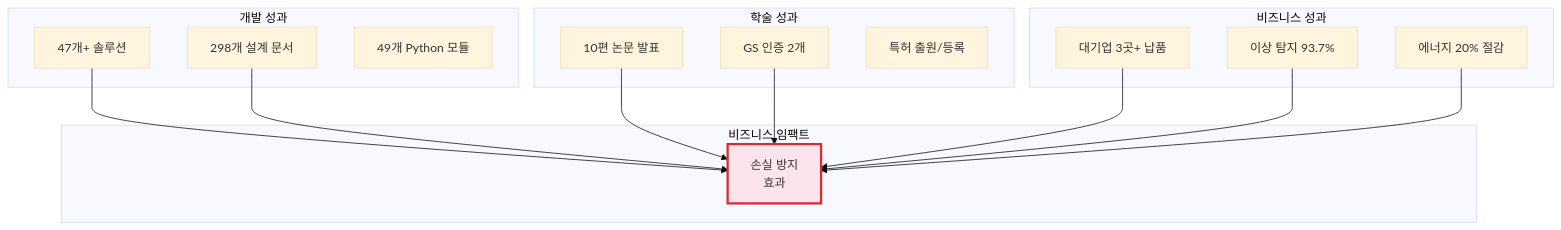
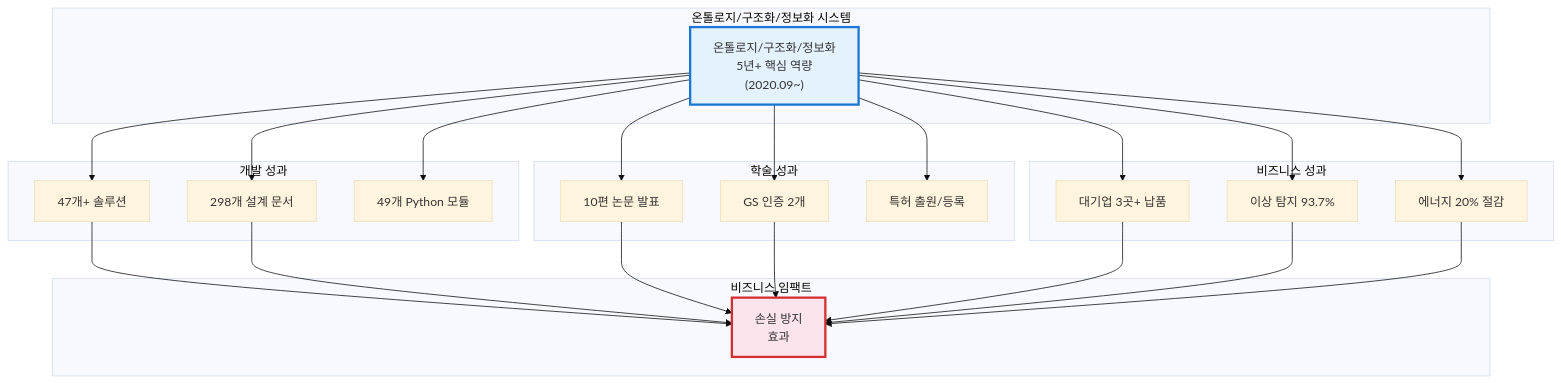
Before and after one commit to moobaek/Testing_AI_agents_for_public_use: the first of 6 diagrams in portfolio/portfolio_docs/Executive_Summary/01_Key_Achievements.md, drawn with Mermaid (base theme). The commit also changed other lines of this file and 5 other files, not shown here.

First line of the commit message:
온톨로지/구조화/정보화 핵심 역량 강조: 모든 프로젝트/특허/논문의 연장선 관계 명시

````diff
--- a/portfolio/portfolio_docs/Executive_Summary/01_Key_Achievements.md
+++ b/portfolio/portfolio_docs/Executive_Summary/01_Key_Achievements.md
@@ -17,34 +17,49 @@
 ```mermaid
 graph TB
+    subgraph "온톨로지/구조화/정보화 시스템"
+        ONT["온톨로지/구조화/정보화<br/>5년+ 핵심 역량<br/>(2020.09~)"]
+    end
+    
     subgraph "개발 성과"
         A1["47개+ 솔루션"]
         A2["298개 설계 문서"]
         A3["49개 Python 모듈"]
     end
 
     subgraph "학술 성과"
         B1["10편 논문 발표"]
         B2["GS 인증 2개"]
         B3["특허 출원/등록"]
     end
     
     subgraph "비즈니스 성과"
         C1["대기업 3곳+ 납품"]
         C2["이상 탐지 93.7%"]
         C3["에너지 20% 절감"]
     end
     
     subgraph "비즈니스 임팩트"
         D["손실 방지<br/>효과"]
     end
     
+    ONT --> A1
+    ONT --> A2
+    ONT --> A3
+    ONT --> B1
+    ONT --> B2
+    ONT --> B3
+    ONT --> C1
+    ONT --> C2
+    ONT --> C3
+    
     A1 --> D
     A2 --> D
     B1 --> D
     B2 --> D
     C1 --> D
     C2 --> D
     C3 --> D
     
+    style ONT fill:#e3f2fd,stroke:#1976d2,stroke-width:3px
     style D fill:#fce4ec,stroke:#d32f2f,stroke-width:3px
 ```
````
